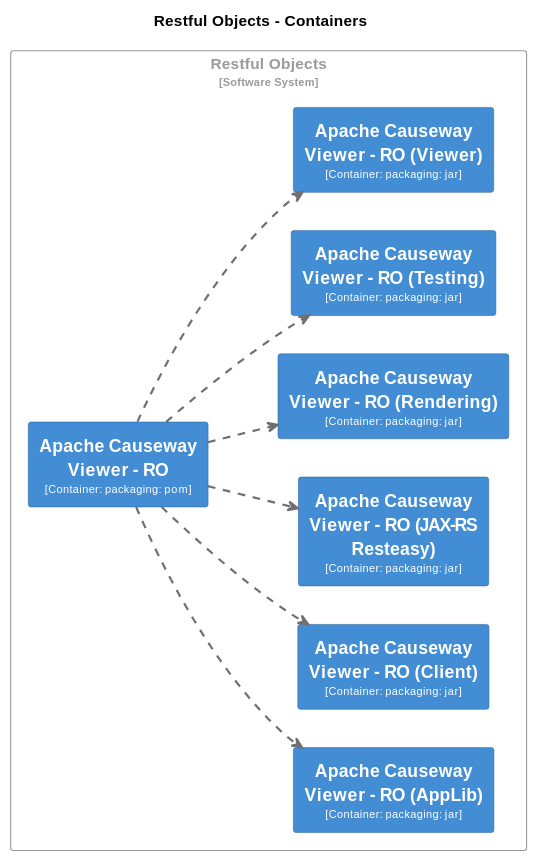
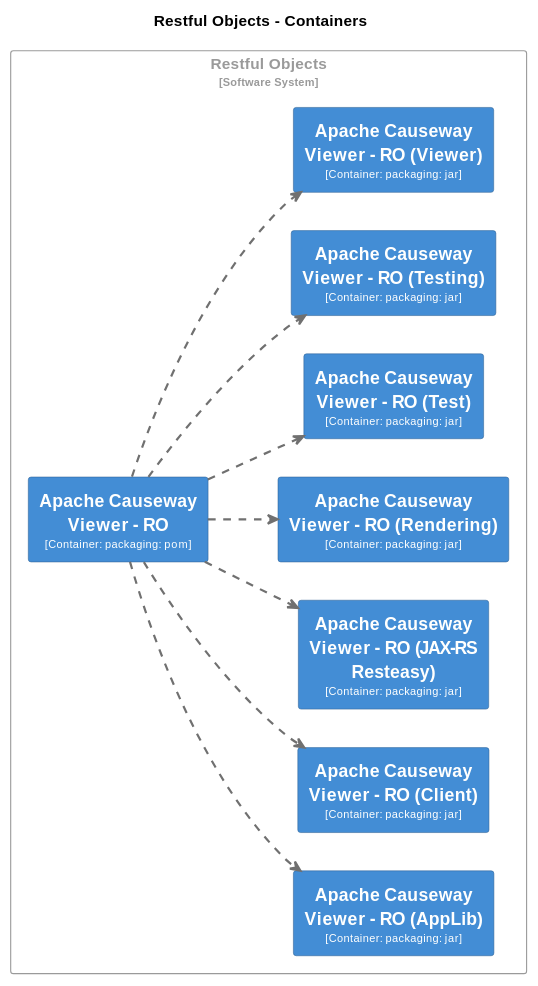
Diagram 16 of 34 in core/adoc/modules/_overview/pages/about.adoc (apache/causeway), drawn with PlantUML before and after one commit. The commit also changed other lines of this file and 5 other files, not shown here.

```diff
--- a/core/adoc/modules/_overview/pages/about.adoc
+++ b/core/adoc/modules/_overview/pages/about.adoc
@@ -2771,6 +2771,12 @@
   BorderColor #2e6295
   shadowing false
 }
+skinparam rectangle<<RestfulObjects.ApacheCausewayViewerROTest>> {
+  BackgroundColor #438dd5
+  FontColor #fffffe
+  BorderColor #2e6295
+  shadowing false
+}
 skinparam rectangle<<RestfulObjects.ApacheCausewayViewerROTesting>> {
   BackgroundColor #438dd5
   FontColor #fffffe
@@ -2795,15 +2801,17 @@
   rectangle "==Apache Causeway Viewer - RO (Client)\n<size:10>[Container: packaging: jar]</size>" <<RestfulObjects.ApacheCausewayViewerROClient>> as RestfulObjects.ApacheCausewayViewerROClient
   rectangle "==Apache Causeway Viewer - RO (JAX-RS Resteasy)\n<size:10>[Container: packaging: jar]</size>" <<RestfulObjects.ApacheCausewayViewerROJAXRSResteasy>> as RestfulObjects.ApacheCausewayViewerROJAXRSResteasy
   rectangle "==Apache Causeway Viewer - RO (Rendering)\n<size:10>[Container: packaging: jar]</size>" <<RestfulObjects.ApacheCausewayViewerRORendering>> as RestfulObjects.ApacheCausewayViewerRORendering
+  rectangle "==Apache Causeway Viewer - RO (Test)\n<size:10>[Container: packaging: jar]</size>" <<RestfulObjects.ApacheCausewayViewerROTest>> as RestfulObjects.ApacheCausewayViewerROTest
   rectangle "==Apache Causeway Viewer - RO (Testing)\n<size:10>[Container: packaging: jar]</size>" <<RestfulObjects.ApacheCausewayViewerROTesting>> as RestfulObjects.ApacheCausewayViewerROTesting
   rectangle "==Apache Causeway Viewer - RO (Viewer)\n<size:10>[Container: packaging: jar]</size>" <<RestfulObjects.ApacheCausewayViewerROViewer>> as RestfulObjects.ApacheCausewayViewerROViewer
 }
 
+RestfulObjects.ApacheCausewayViewerRO .[#707070,thickness=2].> RestfulObjects.ApacheCausewayViewerROAppLib : "<color:#707070>"
 RestfulObjects.ApacheCausewayViewerRO .[#707070,thickness=2].> RestfulObjects.ApacheCausewayViewerROClient : "<color:#707070>"
 RestfulObjects.ApacheCausewayViewerRO .[#707070,thickness=2].> RestfulObjects.ApacheCausewayViewerROJAXRSResteasy : "<color:#707070>"
 RestfulObjects.ApacheCausewayViewerRO .[#707070,thickness=2].> RestfulObjects.ApacheCausewayViewerRORendering : "<color:#707070>"
+RestfulObjects.ApacheCausewayViewerRO .[#707070,thickness=2].> RestfulObjects.ApacheCausewayViewerROTest : "<color:#707070>"
 RestfulObjects.ApacheCausewayViewerRO .[#707070,thickness=2].> RestfulObjects.ApacheCausewayViewerROTesting : "<color:#707070>"
 RestfulObjects.ApacheCausewayViewerRO .[#707070,thickness=2].> RestfulObjects.ApacheCausewayViewerROViewer : "<color:#707070>"
-RestfulObjects.ApacheCausewayViewerRO .[#707070,thickness=2].> RestfulObjects.ApacheCausewayViewerROAppLib : "<color:#707070>"
 @enduml
 ----
```
